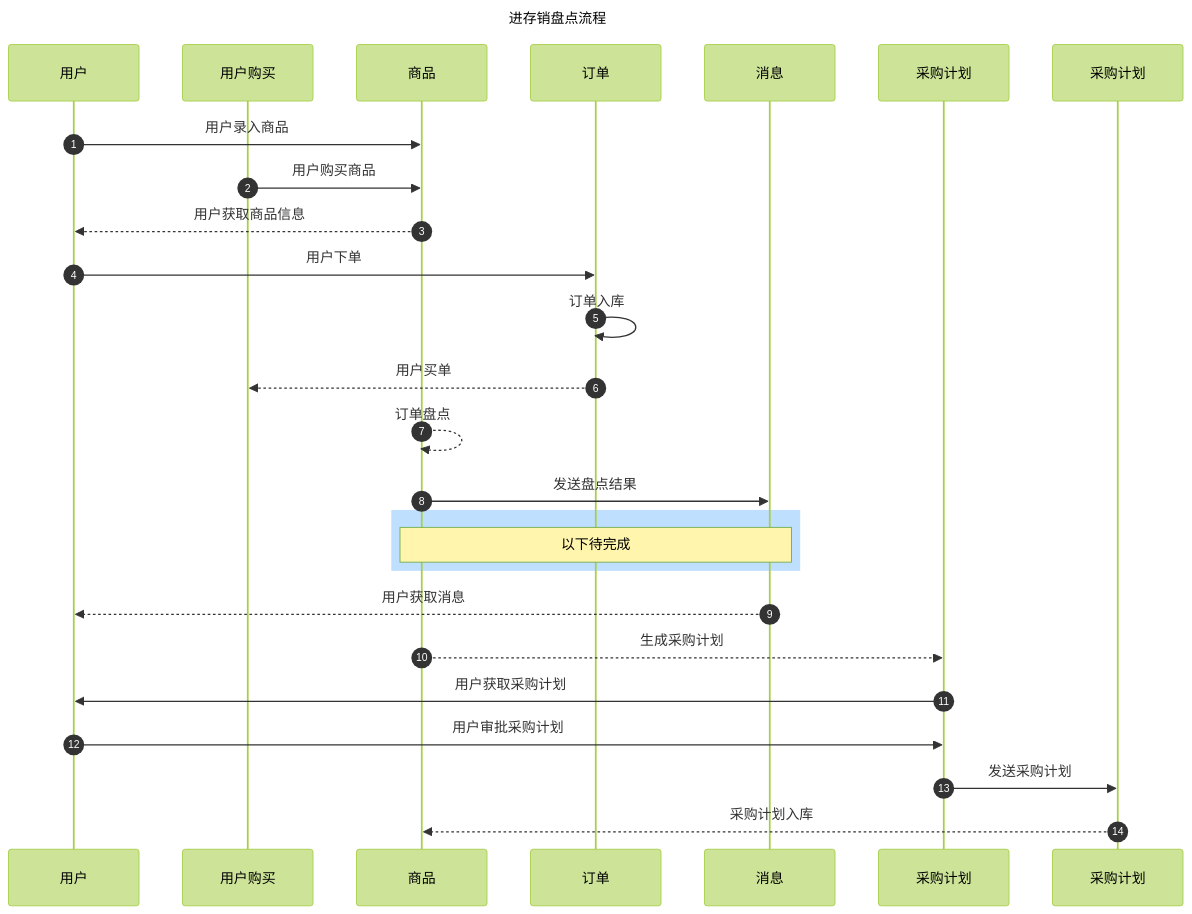
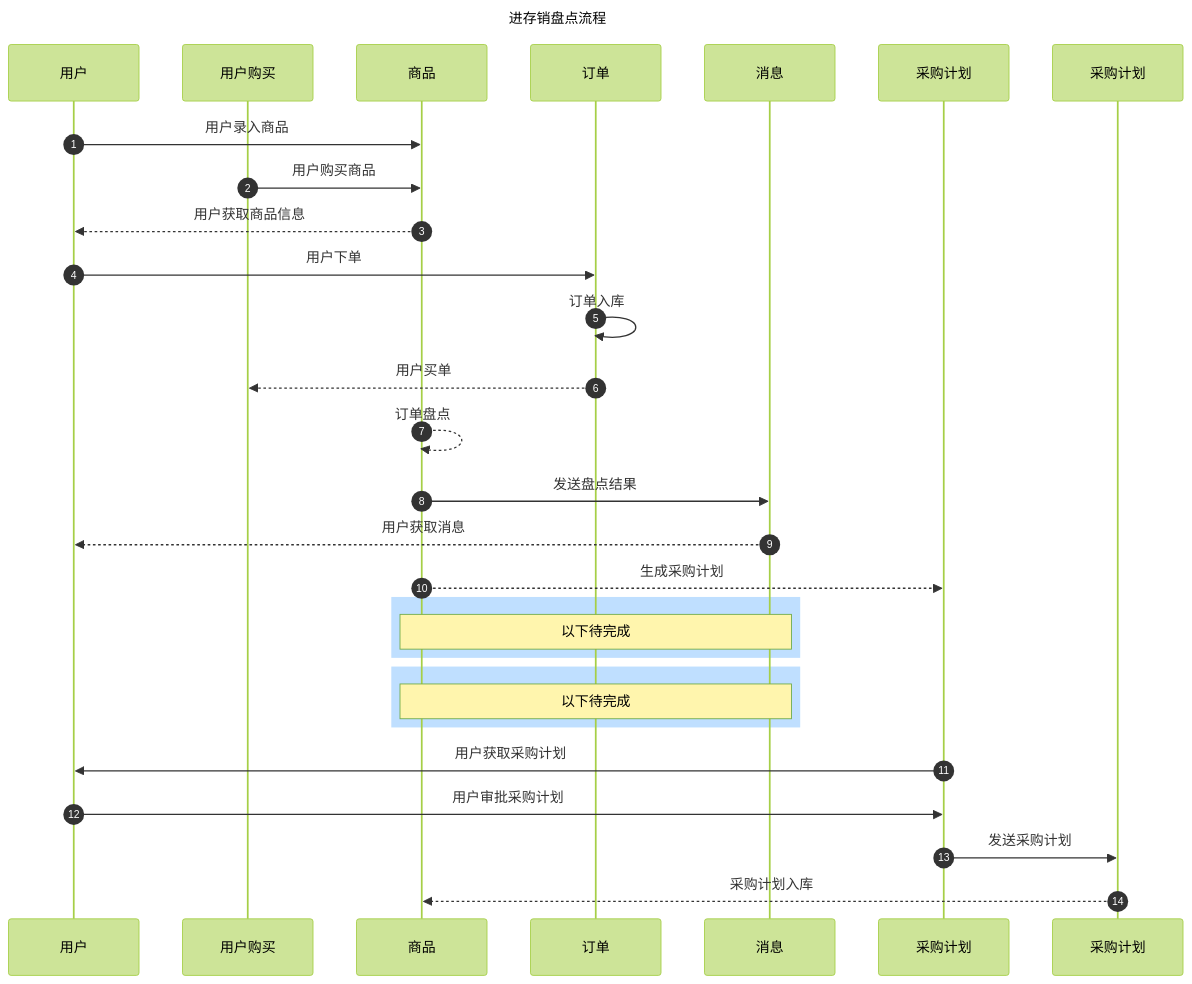
One commit to fca197/aps-inventory-sales changed the second of 3 diagrams in README.md. Above: the diagram before and after it, drawn with Mermaid (forest theme). The commit also changed other lines of this file and 3 other files, not shown here.

````diff
--- a/README.md
+++ b/README.md
@@ -34,33 +34,36 @@
 ```mermaid
 
 sequenceDiagram
 autonumber
 title: 进存销盘点流程
 participant U as 用户
 participant BU as 用户购买
 participant G as 商品
 participant O as  订单
 participant M as  消息
 participant BB as  采购计划
 participant P as  采购计划
 
 
 U->>G: 用户录入商品
 BU->>G: 用户购买商品
 G-->>U: 用户获取商品信息
 U->>O: 用户下单
 O->>O: 订单入库
 O-->>BU: 用户买单
 G-->>G: 订单盘点
 G->>M: 发送盘点结果
+M-->>U: 用户获取消息
+G-->>BB: 生成采购计划
 rect rgb(191, 223, 255)
 Note over G,M:  以下待完成
 end
-M-->>U: 用户获取消息
-G-->>BB: 生成采购计划
+rect rgb(191, 223, 255)
+Note over G,M:  以下待完成
+end
 BB->>U: 用户获取采购计划
 U->>BB: 用户审批采购计划
 BB->>P: 发送采购计划
 P-->>G: 采购计划入库
 
 ```
````
